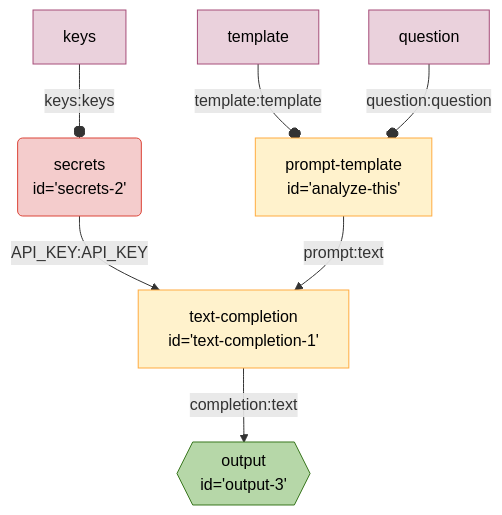
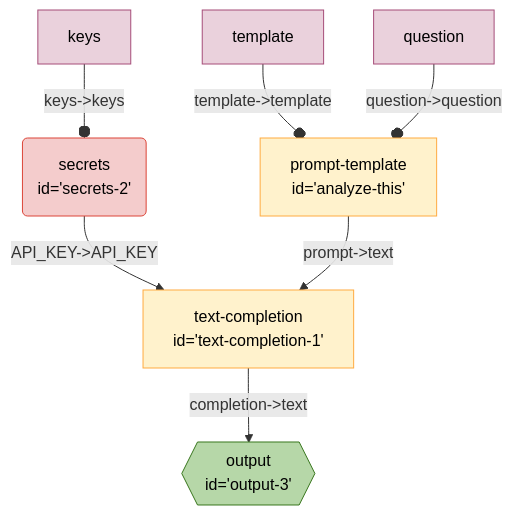
One commit to breadboard-ai/breadboard changed the diagram in seeds/graph-playground/docs/graphs/auto-simple-prompt.md. Above: the diagram before and after it, drawn with Mermaid. The commit also changed other lines of this file and 11 other files, not shown here.

First line of the commit message:
[graph-playground] Generate `accumulating-context`.

````diff
--- a/seeds/graph-playground/docs/graphs/auto-simple-prompt.md
+++ b/seeds/graph-playground/docs/graphs/auto-simple-prompt.md
@@ -6,24 +5,24 @@
   ```mermaid
   %%{init: 'themeVariables': { 'fontFamily': 'Fira Code, monospace' }}%%
 graph TD;
 secrets2("secrets
-id='secrets-2'"):::secrets -- API_KEY:API_KEY --> textcompletion1["text-completion
+id='secrets-2'"):::secrets -- "API_KEY->API_KEY" --> textcompletion1["text-completion
 id='text-completion-1'"]
 textcompletion1["text-completion
-id='text-completion-1'"] -- completion:text --> output3{{"output
+id='text-completion-1'"] -- "completion->text" --> output3{{"output
 id='output-3'"}}:::output
 analyzethis["prompt-template
-id='analyze-this'"] -- prompt:text --> textcompletion1["text-completion
+id='analyze-this'"] -- "prompt->text" --> textcompletion1["text-completion
 id='text-completion-1'"]
-keyssecrets2[keys]:::config -- keys:keys --o secrets2
-templateanalyzethis[template]:::config -- template:template --o analyzethis
-questionanalyzethis[question]:::config -- question:question --o analyzethis
+keyssecrets2[keys]:::config -- "keys->keys" --o secrets2
+templateanalyzethis[template]:::config -- "template->template" --o analyzethis
+questionanalyzethis[question]:::config -- "question->question" --o analyzethis
 classDef default stroke:#ffab40,fill:#fff2ccff,color:#000
 classDef input stroke:#3c78d8,fill:#c9daf8ff,color:#000
 classDef output stroke:#38761d,fill:#b6d7a8ff,color:#000
 classDef passthrough stroke:#a64d79,fill:#ead1dcff,color:#000
 classDef slot stroke:#a64d79,fill:#ead1dcff,color:#000
 classDef config stroke:#a64d79,fill:#ead1dcff,color:#000
 classDef secrets stroke:#db4437,fill:#f4cccc,color:#000
 classDef slotted stroke:#a64d79
   ```
````
